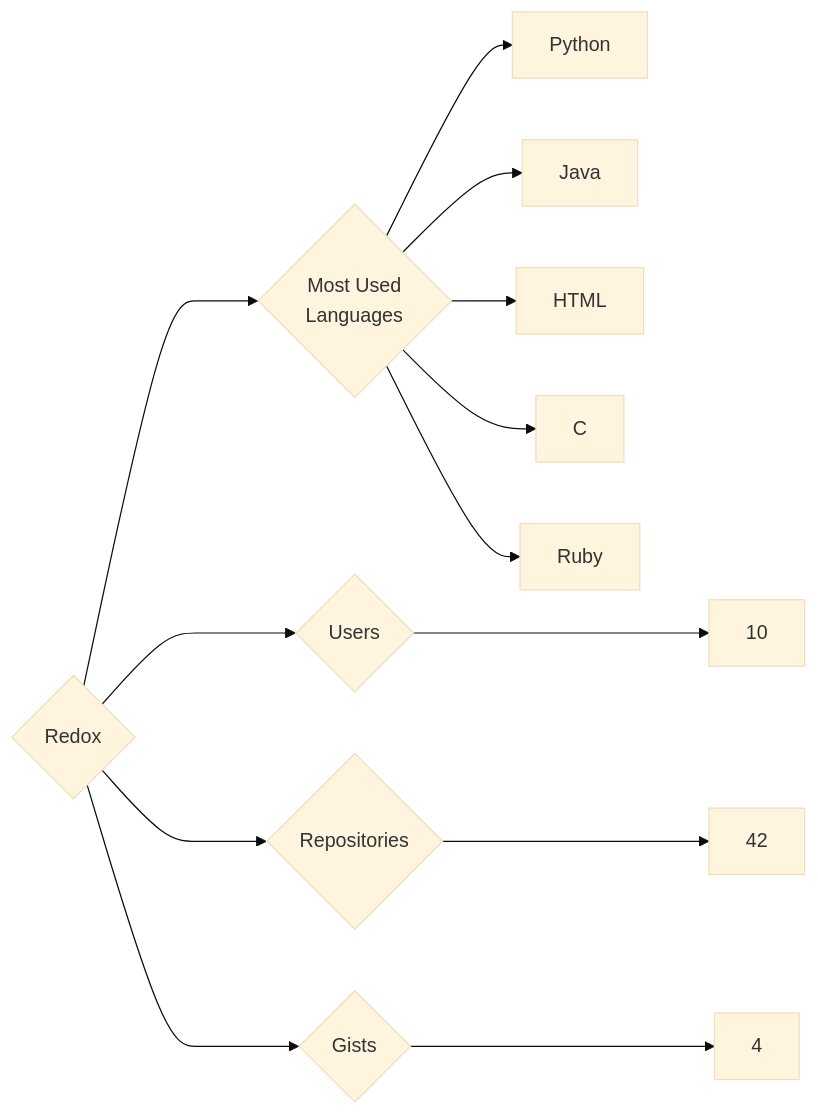
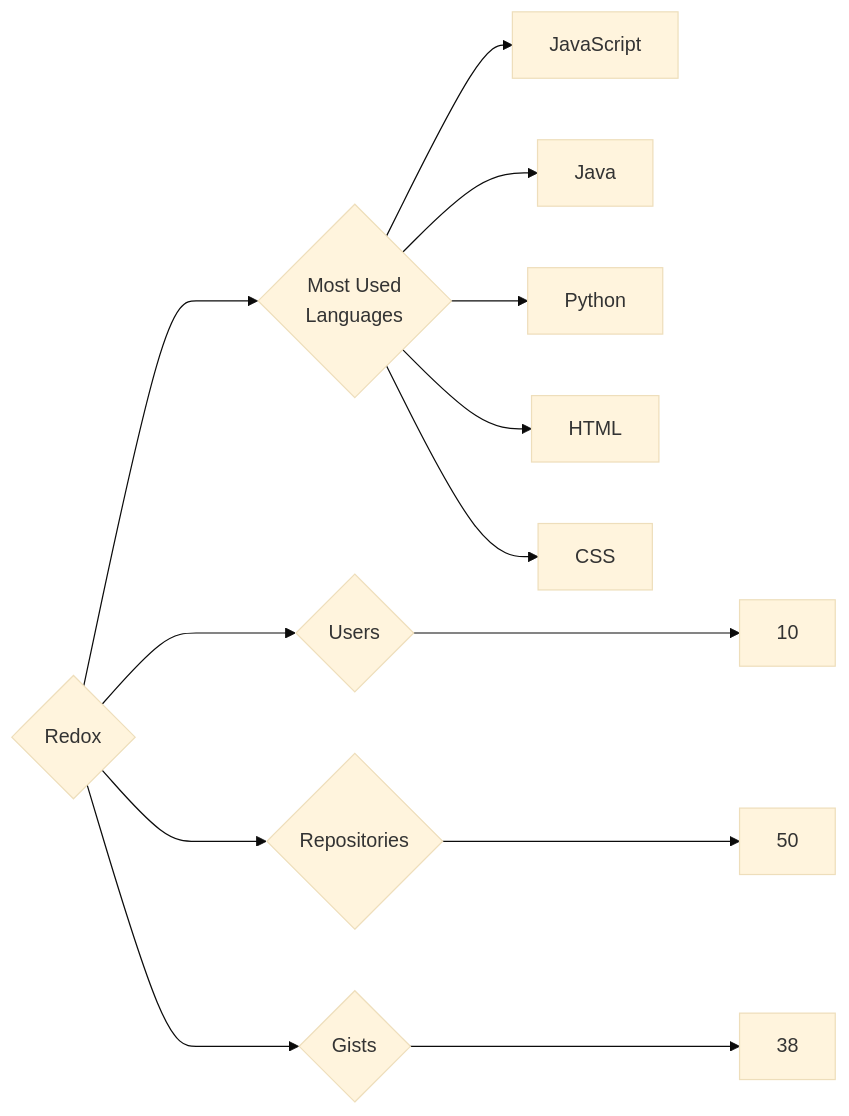
One commit to trickest/insiders changed the diagram in targets/Redox/README.md. Above: the diagram before and after it, drawn with Mermaid (base theme). The commit also changed 973 other files, not shown here.

````diff
--- a/targets/Redox/README.md
+++ b/targets/Redox/README.md
@@ -3,13 +3,13 @@
 ```mermaid
 graph LR
 COMPANY_NAME{Redox}
 COMPANY_NAME ---> U{Users} ---> UN[10]
-COMPANY_NAME ---> R{Repositories} ---> RN[42]
-COMPANY_NAME ---> G{Gists} ---> GN[4]
+COMPANY_NAME ---> R{Repositories} ---> RN[50]
+COMPANY_NAME ---> G{Gists} ---> GN[38]
 COMPANY_NAME ---> ML{Most Used<br>Languages}
+ML --> JavaScript[JavaScript]
+ML --> Java[Java]
 ML --> Python[Python]
-ML --> Java[Java]
 ML --> HTML[HTML]
-ML --> C[C]
-ML --> Ruby[Ruby]
+ML --> CSS[CSS]
 ```
````
